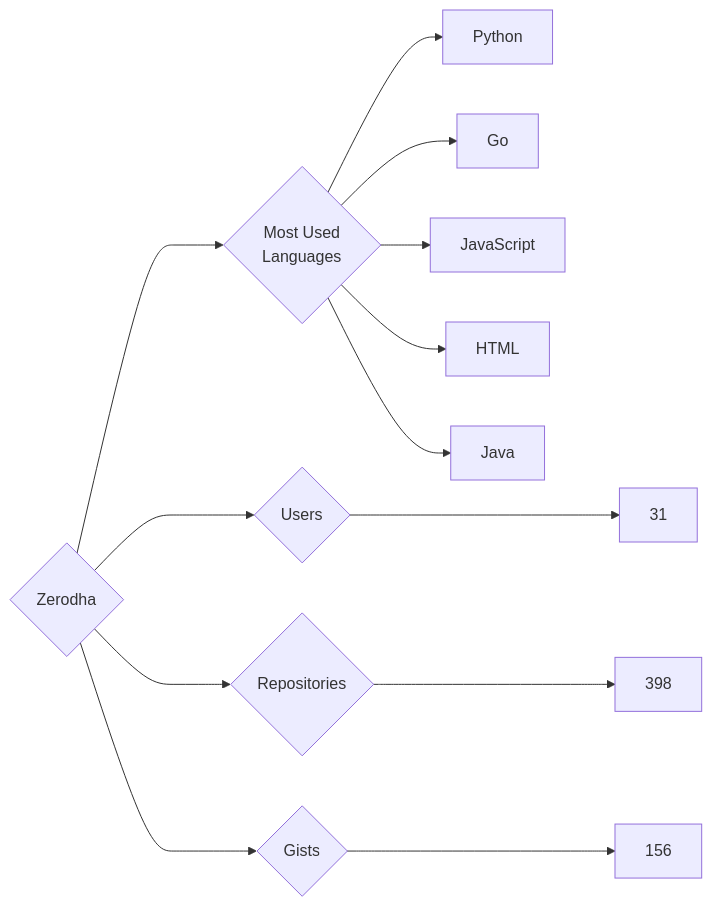
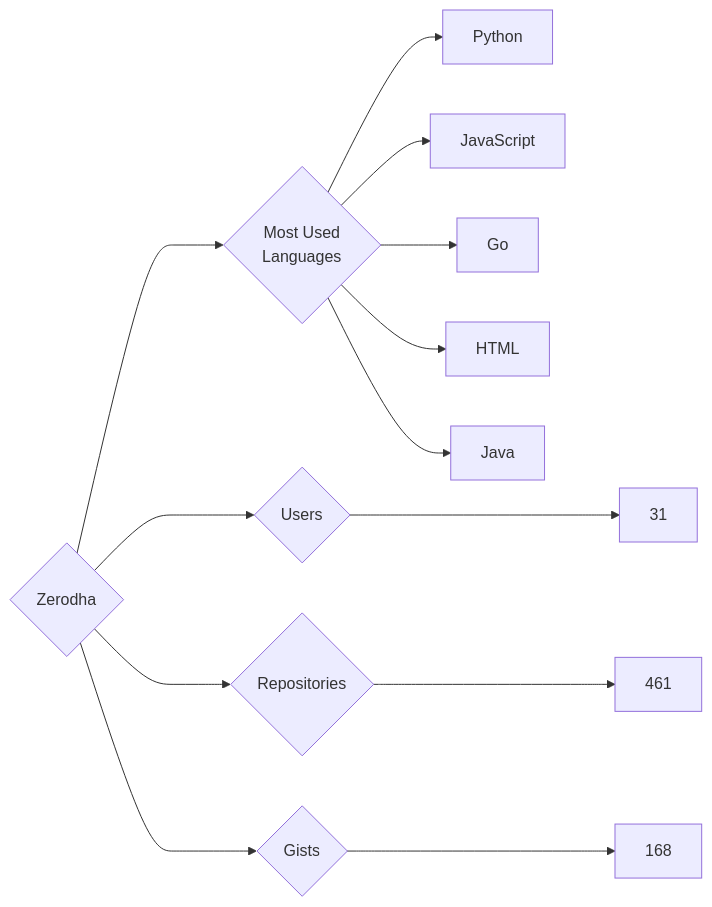
Before and after one commit to trickest/insiders: the diagram in targets/Zerodha/README.md, drawn with Mermaid. The commit also changed 939 other files, not shown here.

````diff
--- a/targets/Zerodha/README.md
+++ b/targets/Zerodha/README.md
@@ -3,13 +3,13 @@
 ```mermaid
 graph LR
 COMPANY_NAME{Zerodha}
 COMPANY_NAME ---> U{Users} ---> UN[31]
-COMPANY_NAME ---> R{Repositories} ---> RN[398]
-COMPANY_NAME ---> G{Gists} ---> GN[156]
+COMPANY_NAME ---> R{Repositories} ---> RN[461]
+COMPANY_NAME ---> G{Gists} ---> GN[168]
 COMPANY_NAME ---> ML{Most Used<br>Languages}
 ML --> Python[Python]
+ML --> JavaScript[JavaScript]
 ML --> Go[Go]
-ML --> JavaScript[JavaScript]
 ML --> HTML[HTML]
 ML --> Java[Java]
 ```
````
